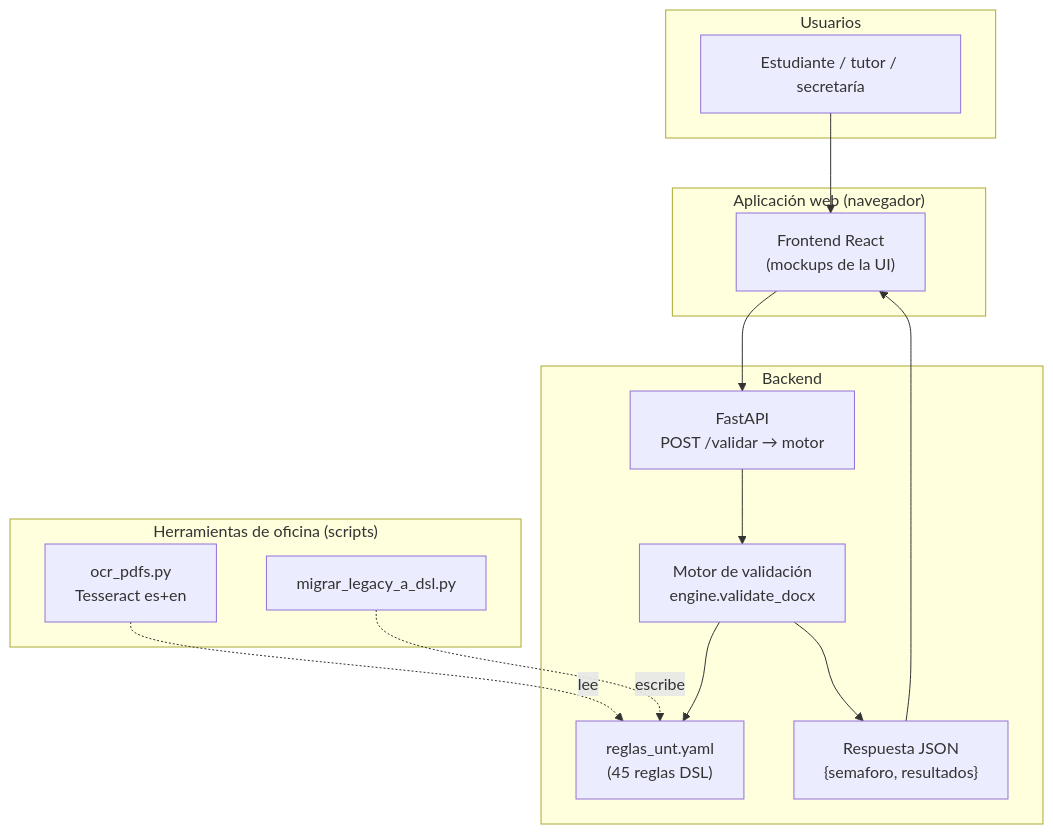
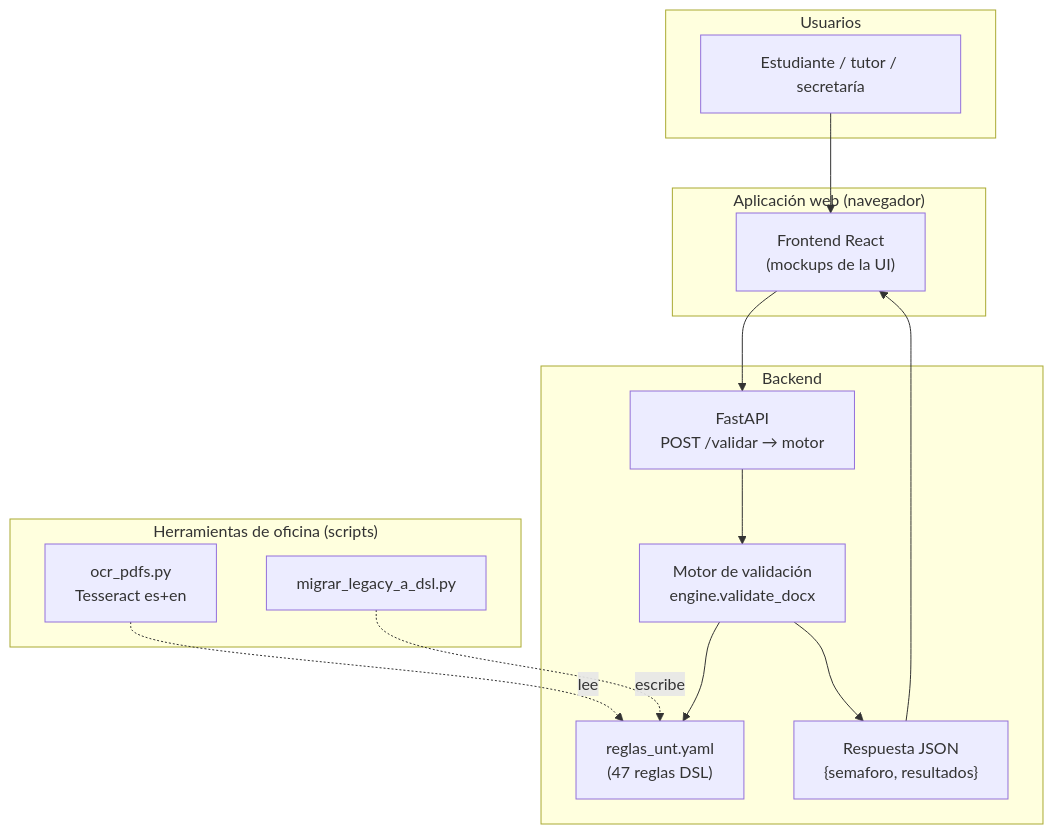
The second of 7 diagrams in docs/diseno/01_arq_motor.md (IvanSanchezSil/vistobueno), drawn with Mermaid before and after one commit. The commit also changed other lines of this file and 13 other files, not shown here.

````diff
--- a/docs/diseno/01_arq_motor.md
+++ b/docs/diseno/01_arq_motor.md
@@ -89,31 +89,31 @@
 ```mermaid
 flowchart TB
     subgraph USR["Usuarios"]
         EST["Estudiante / tutor / secretaría"]
     end
 
     subgraph WEB["Aplicación web (navegador)"]
         FR["Frontend React<br/>(mockups de la UI)"]
     end
 
     subgraph API_B["Backend"]
         FAPI["FastAPI<br/>POST /validar → motor"]
         SM["Motor de validación<br/>engine.validate_docx"]
-        REG["reglas_unt.yaml<br/>(45 reglas DSL)"]
+        REG["reglas_unt.yaml<br/>(47 reglas DSL)"]
         OUT["Respuesta JSON<br/>{semaforo, resultados}"]
     end
 
     subgraph OFF["Herramientas de oficina (scripts)"]
         OCR["ocr_pdfs.py<br/>Tesseract es+en"]
         MIG["migrar_legacy_a_dsl.py"]
     end
 
     EST --> FR
     FR --> FAPI
     FAPI --> SM
     SM --> REG
     SM --> OUT
     OUT --> FR
     OCR -. lee .-> REG
     MIG -. escribe .-> REG
 ```
````
